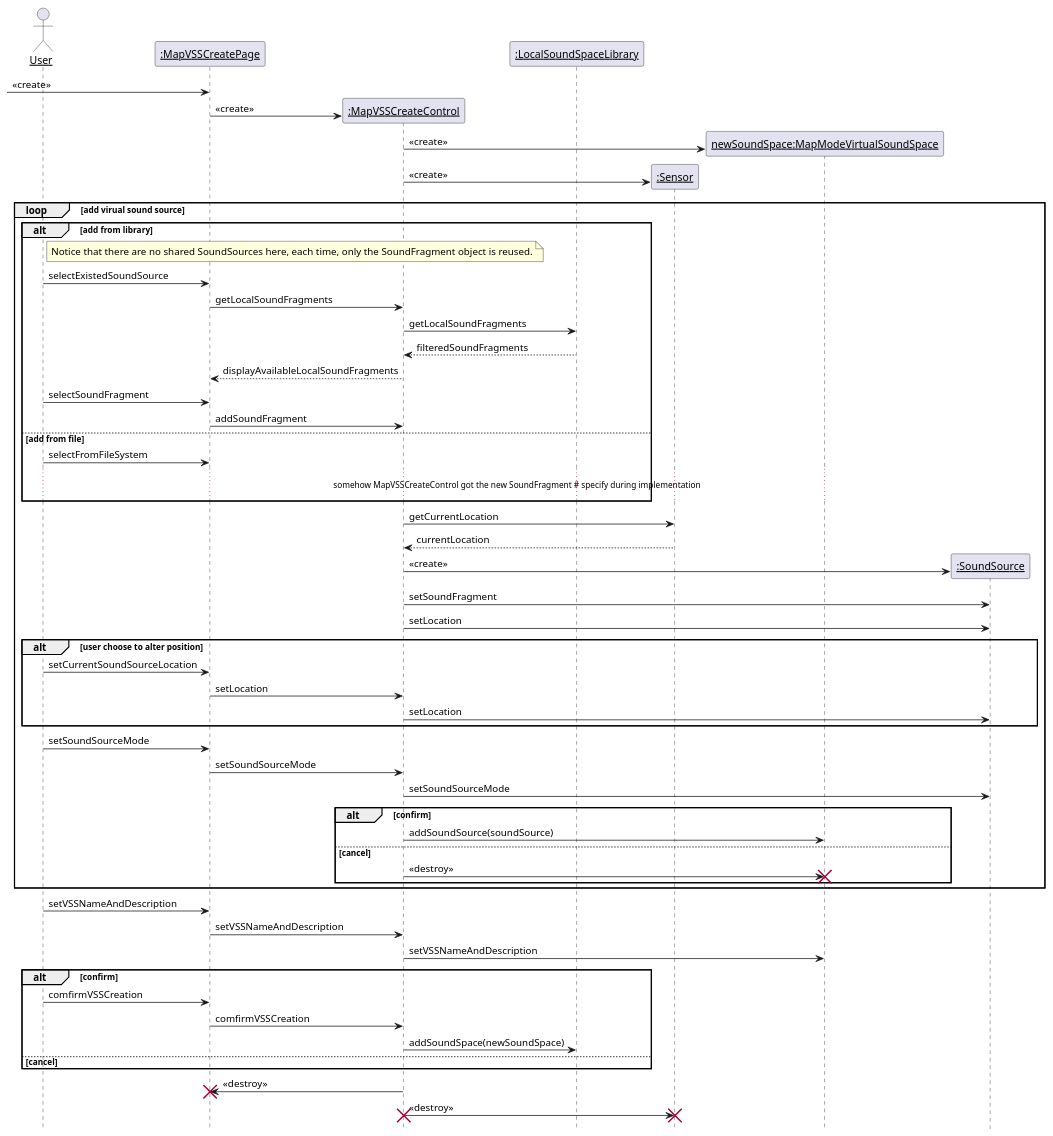
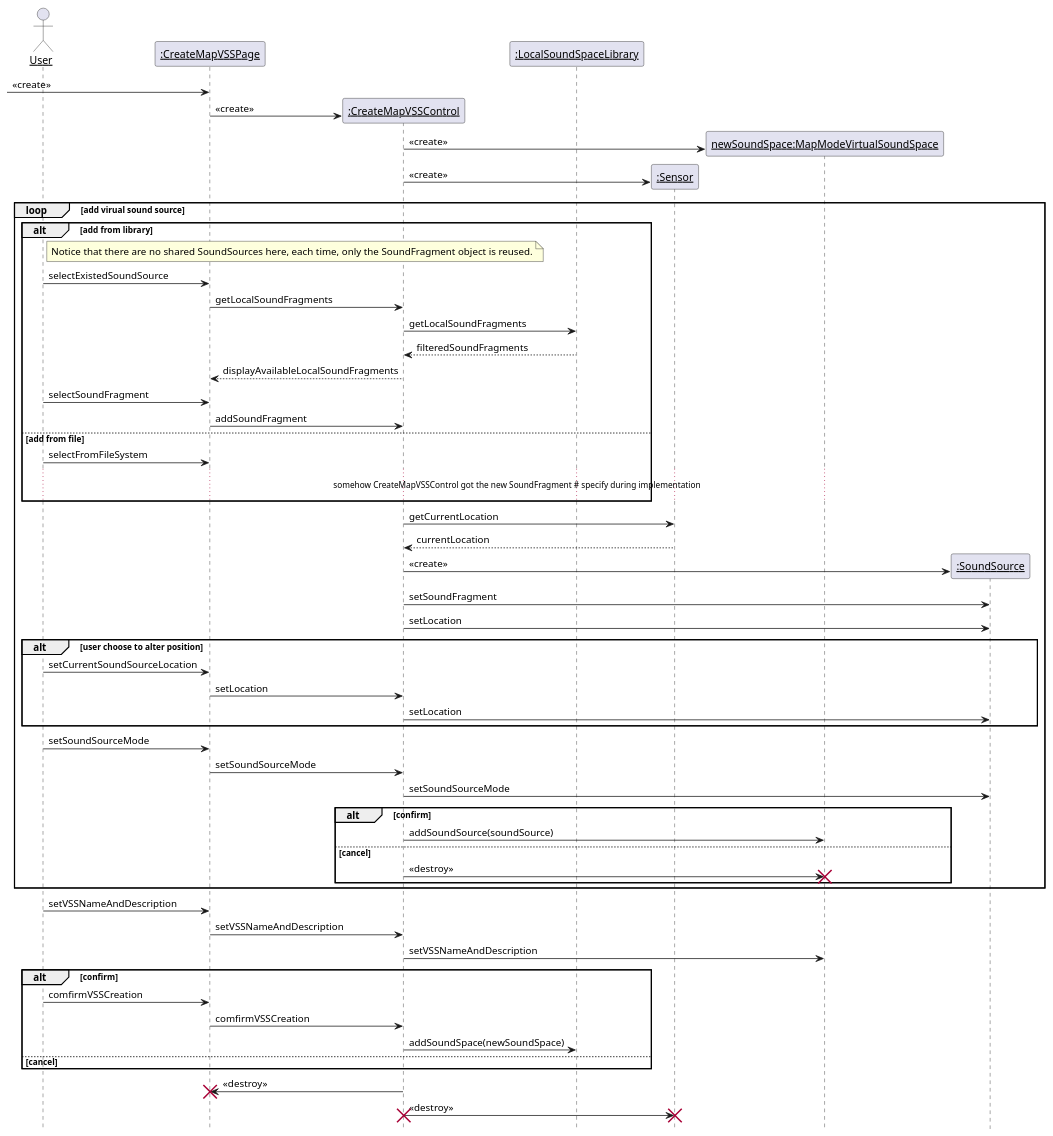
One commit to kpp19920121/doc changed the fifth of 21 diagrams in 需求定义和分析/SeqDiagram.md. Above: the diagram before and after it, drawn with PlantUML. The commit also changed other lines of this file and 7 other files, not shown here.

````diff
--- a/需求定义和分析/SeqDiagram.md
+++ b/需求定义和分析/SeqDiagram.md
@@ -265,78 +222,78 @@
 ```PlantUML
 @startuml CreateMapModeVSS
 hide footbox
 skinparam sequenceParticipant underline
 
 
 actor User as user
-participant ":MapVSSCreatePage" as createboundary
-participant ":MapVSSCreateControl" as createcontrol
+participant ":CreateMapVSSPage" as createboundary
+participant ":CreateMapVSSControl" as createcontrol
 participant ":LocalSoundSpaceLibrary" as library
 participant ":Sensor" as sensor
 participant "newSoundSpace:MapModeVirtualSoundSpace" as newspace
 
 
 [-> createboundary: <<create>>
 create createcontrol
 createboundary -> createcontrol: <<create>>
 create newspace
 createcontrol -> newspace: <<create>>
 create sensor
 createcontrol -> sensor: <<create>>
 loop add virual sound source
     alt add from library
         note right of user: Notice that there are no shared SoundSources here, each time, only the SoundFragment object is reused.
         user -> createboundary: selectExistedSoundSource
         createboundary -> createcontrol: getLocalSoundFragments
         createcontrol -> library: getLocalSoundFragments
         library --> createcontrol: filteredSoundFragments
         createcontrol --> createboundary: displayAvailableLocalSoundFragments
         user -> createboundary: selectSoundFragment
         createboundary -> createcontrol: addSoundFragment
     else add from file
         user -> createboundary: selectFromFileSystem
-        ...somehow MapVSSCreateControl got the new SoundFragment # specify during implementation...
+        ...somehow CreateMapVSSControl got the new SoundFragment # specify during implementation...
 
     end
 
     createcontrol -> sensor: getCurrentLocation
     sensor --> createcontrol: currentLocation
 
     participant ":SoundSource" as source
     create source
     createcontrol -> source: <<create>>
     createcontrol -> source: setSoundFragment
     createcontrol -> source: setLocation
 
     alt user choose to alter position
         user -> createboundary: setCurrentSoundSourceLocation
         createboundary -> createcontrol : setLocation
         createcontrol -> source: setLocation
     end
     user -> createboundary: setSoundSourceMode
     createboundary -> createcontrol: setSoundSourceMode
     createcontrol -> source: setSoundSourceMode
     alt confirm
         createcontrol -> newspace: addSoundSource(soundSource)
     else cancel
         createcontrol -> newspace: <<destroy>>
         destroy newspace
     end
 end
 user -> createboundary: setVSSNameAndDescription
 createboundary -> createcontrol: setVSSNameAndDescription
 createcontrol -> newspace: setVSSNameAndDescription
 alt confirm
     user -> createboundary: comfirmVSSCreation
     createboundary -> createcontrol: comfirmVSSCreation
     createcontrol -> library: addSoundSpace(newSoundSpace)
 else cancel
 
 end
 createcontrol -> createboundary: <<destroy>>
 destroy createboundary
 createcontrol -> sensor: <<destroy>>
 destroy sensor
 destroy createcontrol
 @enduml
 ```
````
